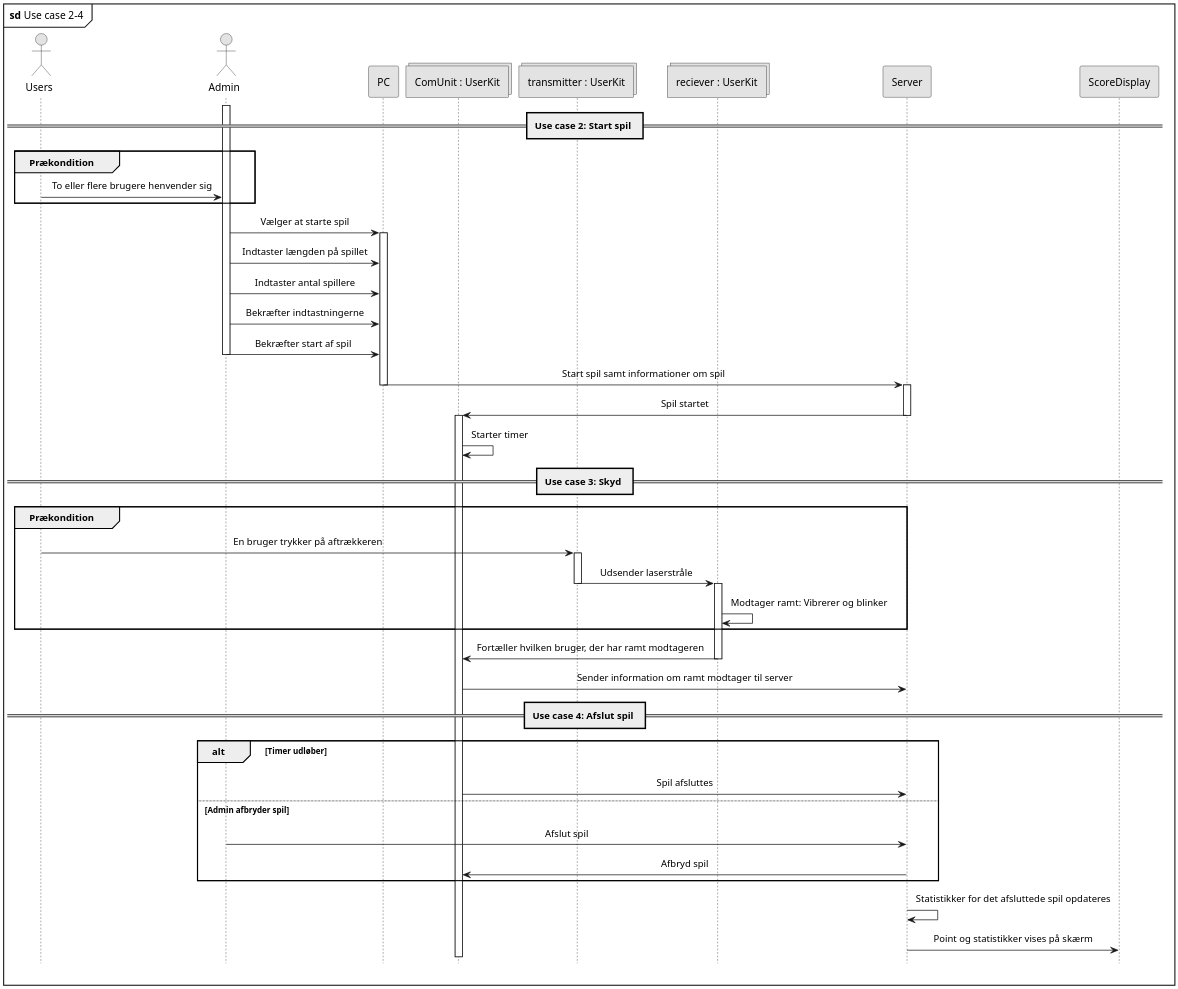
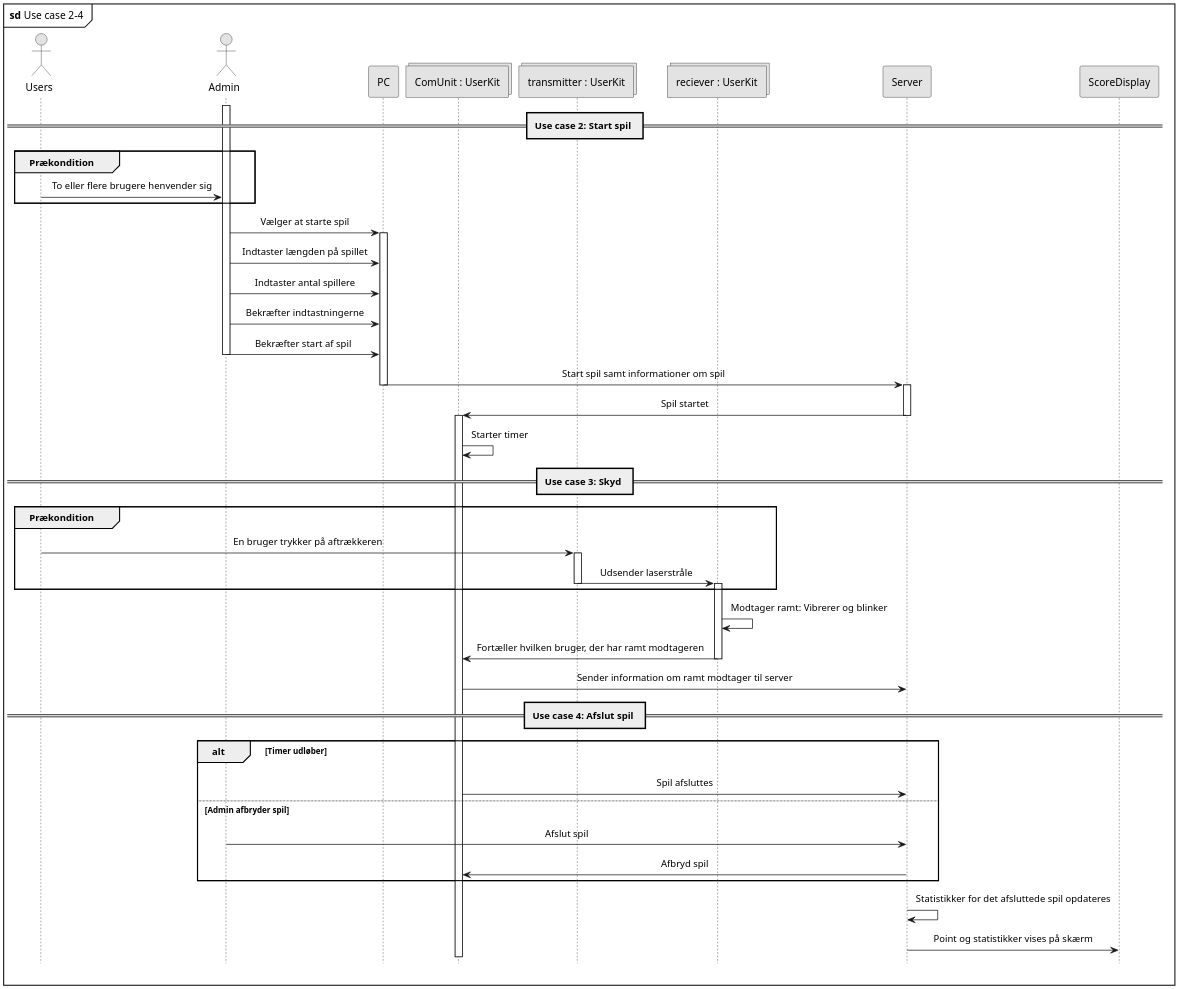
One commit to LasseKrarup/Laser-Tag-Project changed the diagram in PlantUML/src/ssd-uc2-4.plantuml. Above: the diagram before and after it, drawn with PlantUML. The commit also changed 1 other file, not shown here.

```diff
--- a/PlantUML/src/ssd-uc2-4.plantuml
+++ b/PlantUML/src/ssd-uc2-4.plantuml
@@ -1,77 +1,78 @@
 @startuml ssd-uc2-4
 
 hide footbox
 
 skinparam {
     monochrome true
     dpi 200
     padding 5
     sequenceMessageAlign center
     packageStyle frame
     shadowing false
     'backgroundColor transparent
 }
 
 mainframe **sd** Use case 2-4
 
 actor Users as users
 actor Admin as admin
 participant "PC" as pc
 collections "ComUnit : UserKit" as comUnit
 collections "transmitter : UserKit" as transmitter
 collections "reciever : UserKit" as reciever
 participant "Server" as server
 participant "ScoreDisplay" as display
 
 == Use case 2: Start spil ==
 
 group Prækondition
     users -> admin: To eller flere brugere henvender sig
 end
 
 activate admin
 admin -> pc: Vælger at starte spil
 activate pc
 admin -> pc: Indtaster længden på spillet
 admin -> pc: Indtaster antal spillere
 admin -> pc: Bekræfter indtastningerne
 admin -> pc: Bekræfter start af spil
 deactivate admin
 pc -> server: Start spil samt informationer om spil
 deactivate pc
 activate server
 server -> comUnit: Spil startet
 deactivate server
 activate comUnit
 comUnit -> comUnit: Starter timer
 
 == Use case 3: Skyd ==
 
 group Prækondition
     users -> transmitter: En bruger trykker på aftrækkeren
     activate transmitter
     transmitter -> reciever: Udsender laserstråle
     deactivate transmitter
     activate reciever
-    reciever -> reciever: Modtager ramt: Vibrerer og blinker
 end
+
+reciever -> reciever: Modtager ramt: Vibrerer og blinker
 
 reciever -> comUnit: Fortæller hvilken bruger, der har ramt modtageren
 deactivate reciever
 
 comUnit -> server: Sender information om ramt modtager til server
 
 == Use case 4: Afslut spil ==
 
 alt Timer udløber
     comUnit -> server: Spil afsluttes
 else Admin afbryder spil
     admin -> server: Afslut spil
     server -> comUnit: Afbryd spil
 
 end
 
 server -> server: Statistikker for det afsluttede spil opdateres
 server -> display: Point og statistikker vises på skærm
 
 @enduml
```
